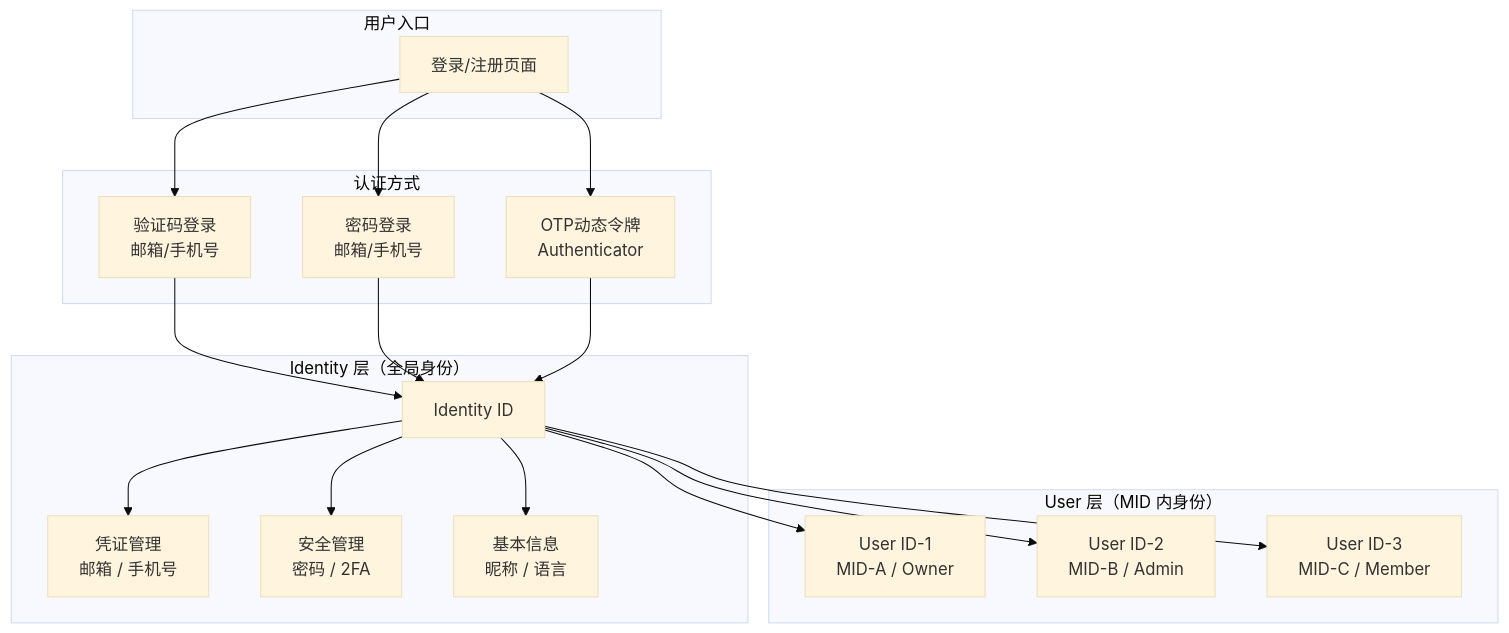
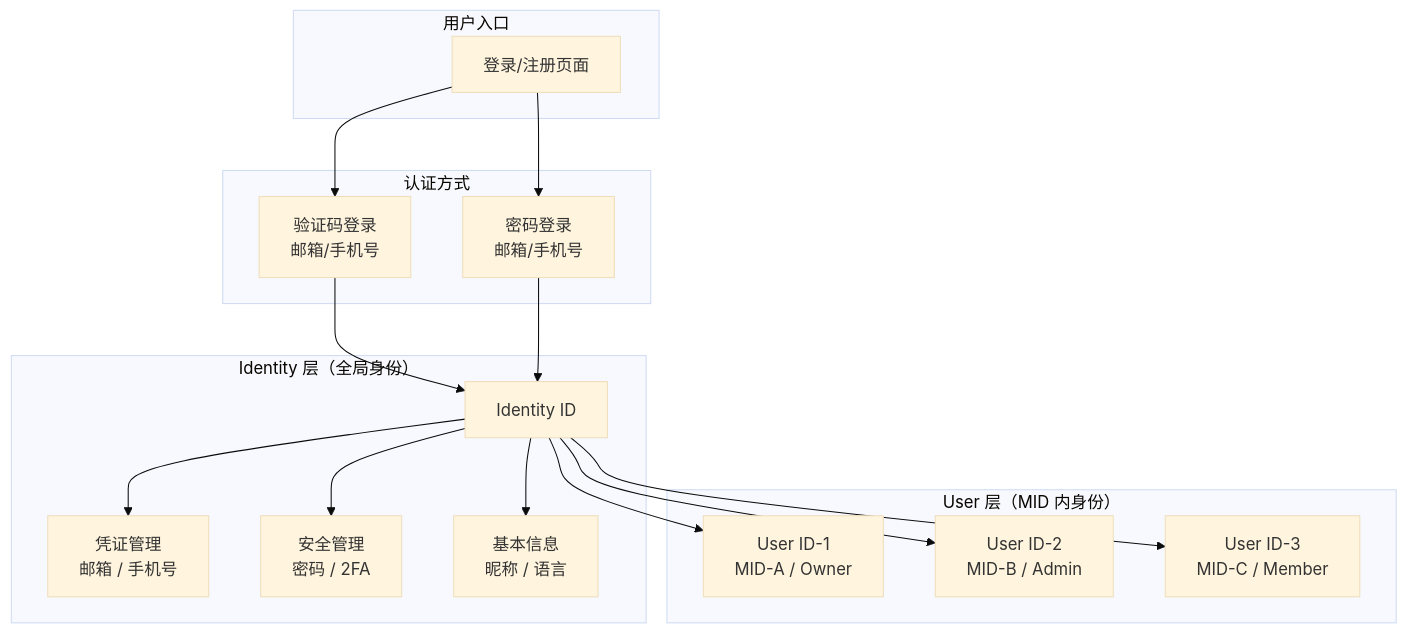
One commit to xiaoxiaoangie/EX-NEW changed the first of 26 diagrams in SigninLogin/prd/MP-register.md. Above: the diagram before and after it, drawn with Mermaid (base theme). The commit also changed other lines of this file and 11 other files, not shown here.

````diff
--- a/SigninLogin/prd/MP-register.md
+++ b/SigninLogin/prd/MP-register.md
@@ -24,38 +24,37 @@
 ```mermaid
 graph TB
     subgraph "用户入口"
         A[登录/注册页面]
     end
 
     subgraph "认证方式"
         B1[验证码登录<br/>邮箱/手机号]
         B2[密码登录<br/>邮箱/手机号]
-        B3[OTP动态令牌<br/>Authenticator]
     end
 
     subgraph "Identity 层（全局身份）"
         C[Identity ID]
         D1[凭证管理<br/>邮箱 / 手机号]
         D2[安全管理<br/>密码 / 2FA]
         D3[基本信息<br/>昵称 / 语言]
     end
 
     subgraph "User 层（MID 内身份）"
         E1[User ID-1<br/>MID-A / Owner]
         E2[User ID-2<br/>MID-B / Admin]
         E3[User ID-3<br/>MID-C / Member]
     end
 
     A --> B1
     A --> B2
-    A --> B3
+
     B1 --> C
     B2 --> C
-    B3 --> C
+
     C --> D1
     C --> D2
     C --> D3
     C --> E1
     C --> E2
     C --> E3
 ```
````
